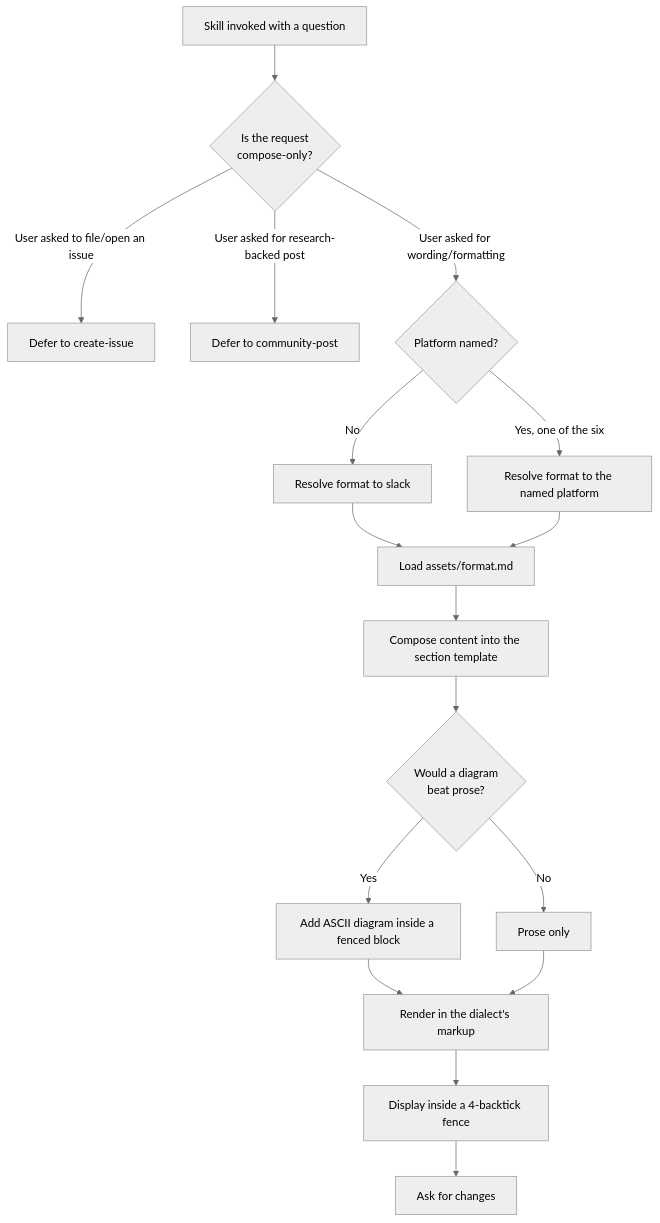
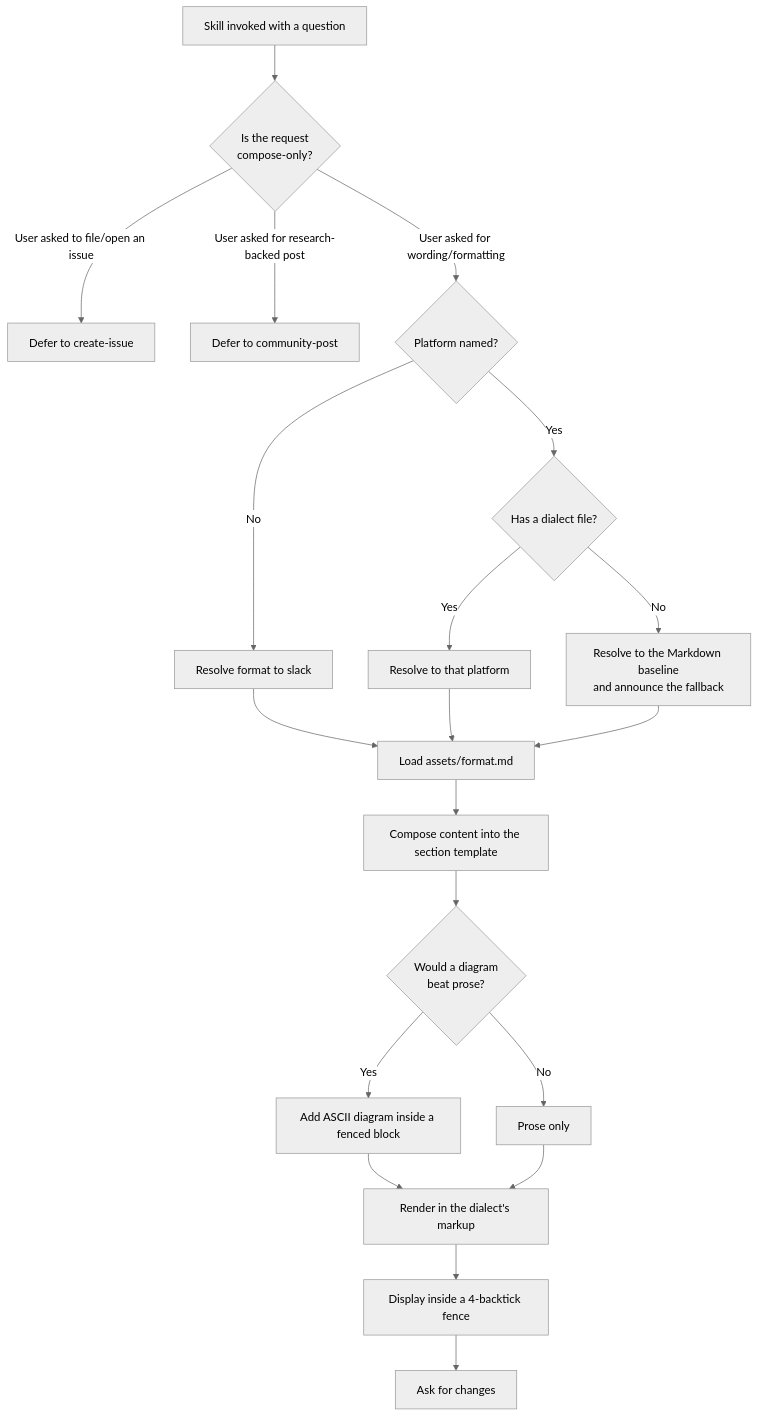
The first of 2 diagrams in .agents/spec/agent-skills/to-question/README.md (repobuddy/repobuddy), drawn with Mermaid (neutral theme) before and after one commit. The commit also changed other lines of this file and 5 other files, not shown here.

First line of the commit message:
feat(skills): add linear target and a markdown baseline fallback to to-question

````diff
--- a/.agents/spec/agent-skills/to-question/README.md
+++ b/.agents/spec/agent-skills/to-question/README.md
@@ -106,19 +108,22 @@
 ```mermaid
 graph TD
     A[Skill invoked with a question] --> B{Is the request<br/>compose-only?}
     B -->|User asked to file/open an issue| C[Defer to create-issue]
     B -->|User asked for research-backed post| D[Defer to community-post]
     B -->|User asked for wording/formatting| E{Platform named?}
     E -->|No| F[Resolve format to slack]
-    E -->|Yes, one of the six| G[Resolve format to the named platform]
+    E -->|Yes| G{Has a dialect file?}
+    G -->|Yes| G1[Resolve to that platform]
+    G -->|No| G2[Resolve to the Markdown baseline<br/>and announce the fallback]
     F --> H[Load assets/format.md]
-    G --> H
+    G1 --> H
+    G2 --> H
     H --> I[Compose content into the section template]
     I --> J{Would a diagram<br/>beat prose?}
     J -->|Yes| K[Add ASCII diagram inside a fenced block]
     J -->|No| L[Prose only]
     K --> M[Render in the dialect's markup]
     L --> M
     M --> N[Display inside a 4-backtick fence]
     N --> O[Ask for changes]
 ```
````
